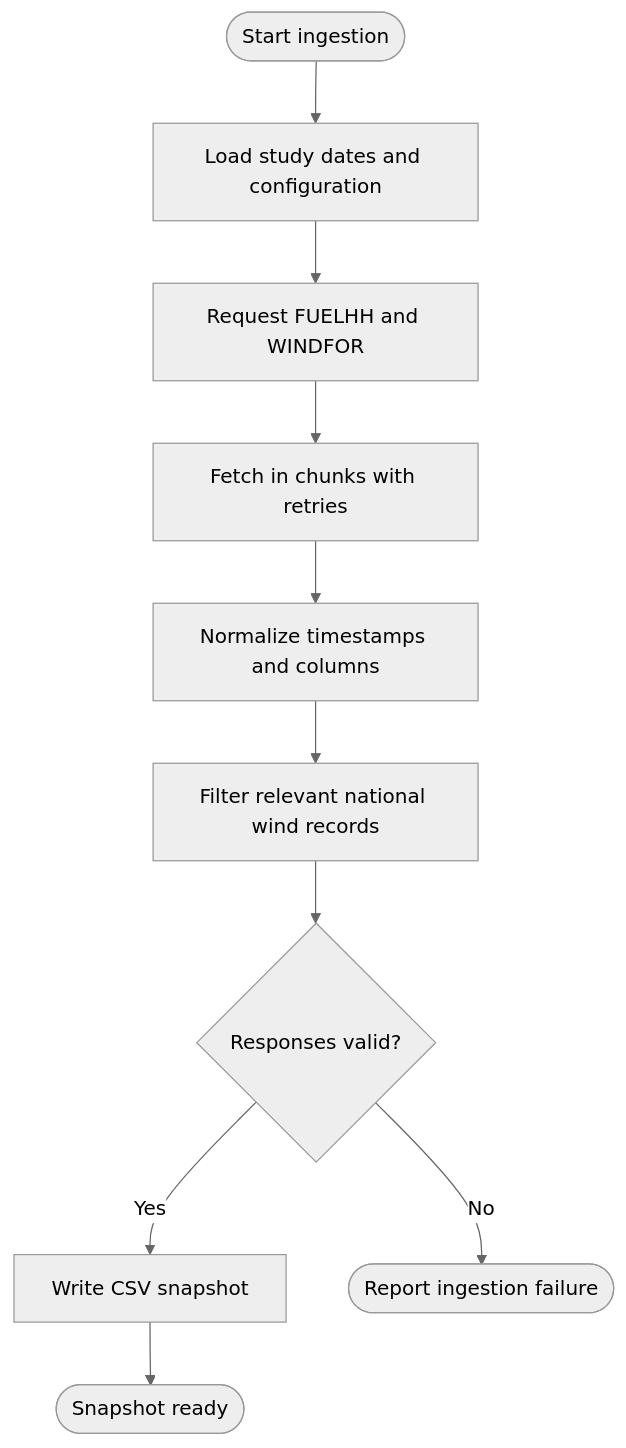
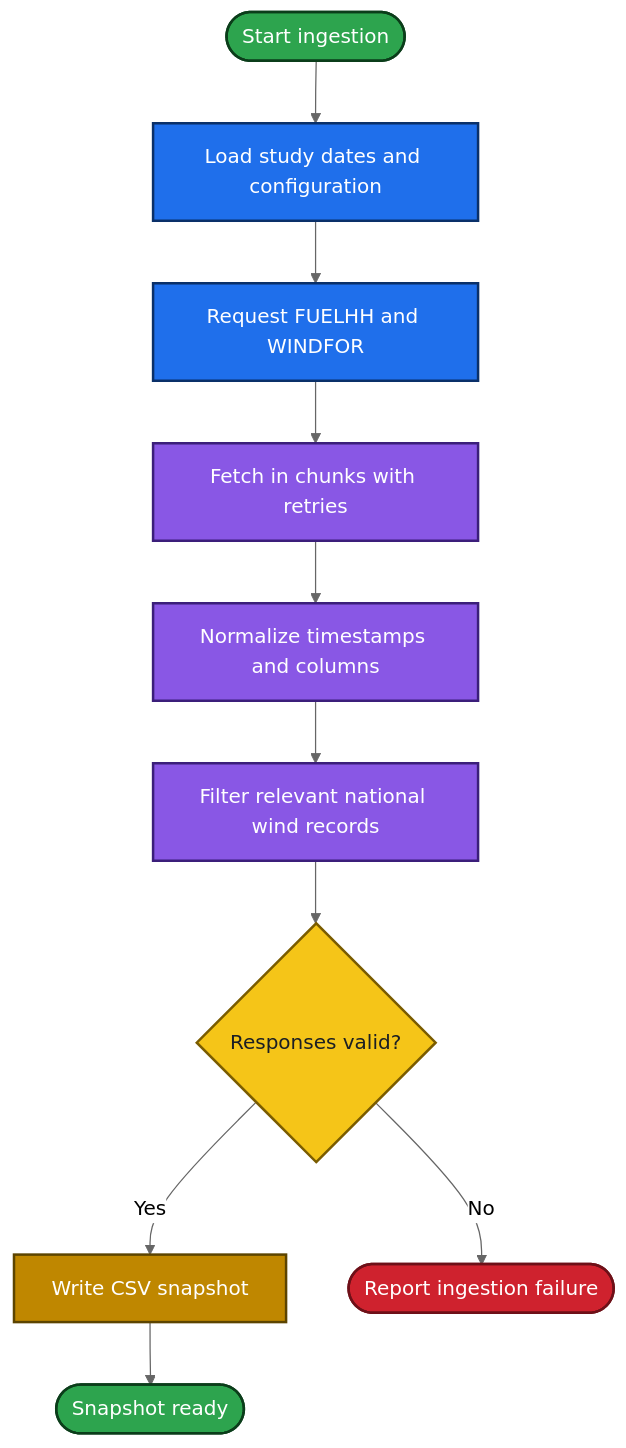
The second of 7 diagrams in README.md (sourabhvamdevan/wind-matrix), drawn with Mermaid (neutral theme) before and after one commit. The commit also changed other lines of this file, not shown here.

First line of the commit message:
Enhance README with detailed workflow and architecture

````diff
--- a/README.md
+++ b/README.md
@@ -142,12 +165,30 @@
 ```mermaid
 flowchart TD
     A([Start ingestion]) --> B["Load study dates and configuration"]
     B --> C["Request FUELHH and WINDFOR"]
     C --> D["Fetch in chunks with retries"]
     D --> E["Normalize timestamps and columns"]
     E --> F["Filter relevant national wind records"]
     F --> G{"Responses valid?"}
     G -->|Yes| H["Write CSV snapshot"]
     H --> I([Snapshot ready])
     G -->|No| J([Report ingestion failure])
+
+    classDef ext fill:#1f6feb,stroke:#0a3069,color:#ffffff,stroke-width:2px
+    classDef ingest fill:#8957e5,stroke:#3b1e7a,color:#ffffff,stroke-width:2px
+    classDef store fill:#bf8700,stroke:#5c4400,color:#ffffff,stroke-width:2px
+    classDef engine fill:#d1242f,stroke:#6e1018,color:#ffffff,stroke-width:2px
+    classDef api fill:#e36209,stroke:#7a3300,color:#ffffff,stroke-width:2px
+    classDef front fill:#1a7f37,stroke:#0b3d1a,color:#ffffff,stroke-width:2px
+    classDef view fill:#0e8a8a,stroke:#054545,color:#ffffff,stroke-width:2px
+    classDef good fill:#2da44e,stroke:#0b3d1a,color:#ffffff,stroke-width:2px
+    classDef bad fill:#cf222e,stroke:#6e1018,color:#ffffff,stroke-width:2px
+    classDef decide fill:#f5c518,stroke:#7a5c00,color:#1b1f24,stroke-width:2px
+    classDef dark fill:#24292f,stroke:#000000,color:#ffffff,stroke-width:2px
+    class A,I good
+    class J bad
+    class G decide
+    class B,C ext
+    class D,E,F ingest
+    class H store
 ```
````
